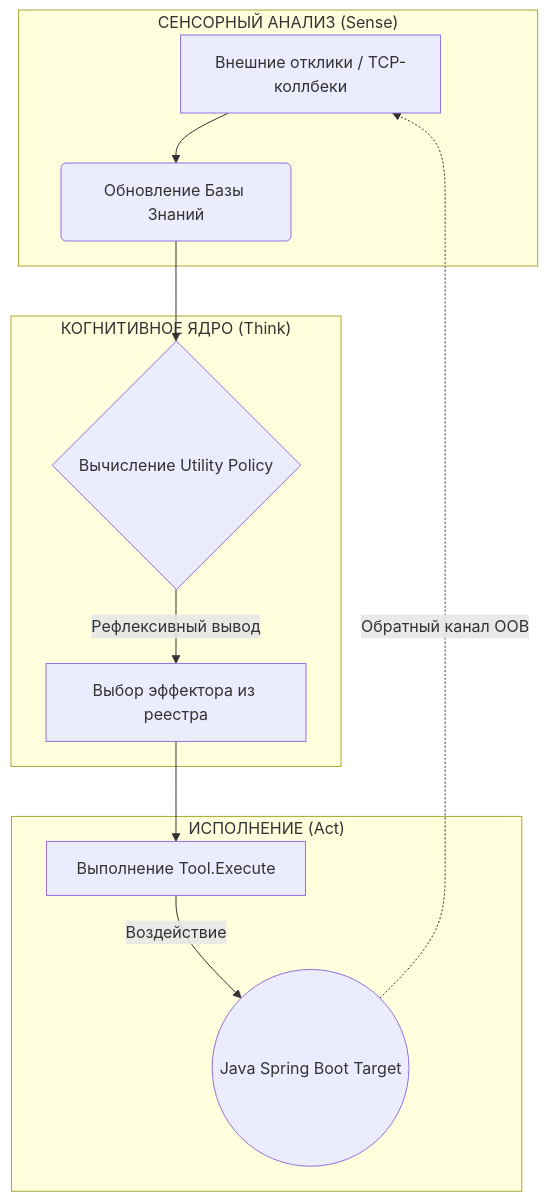
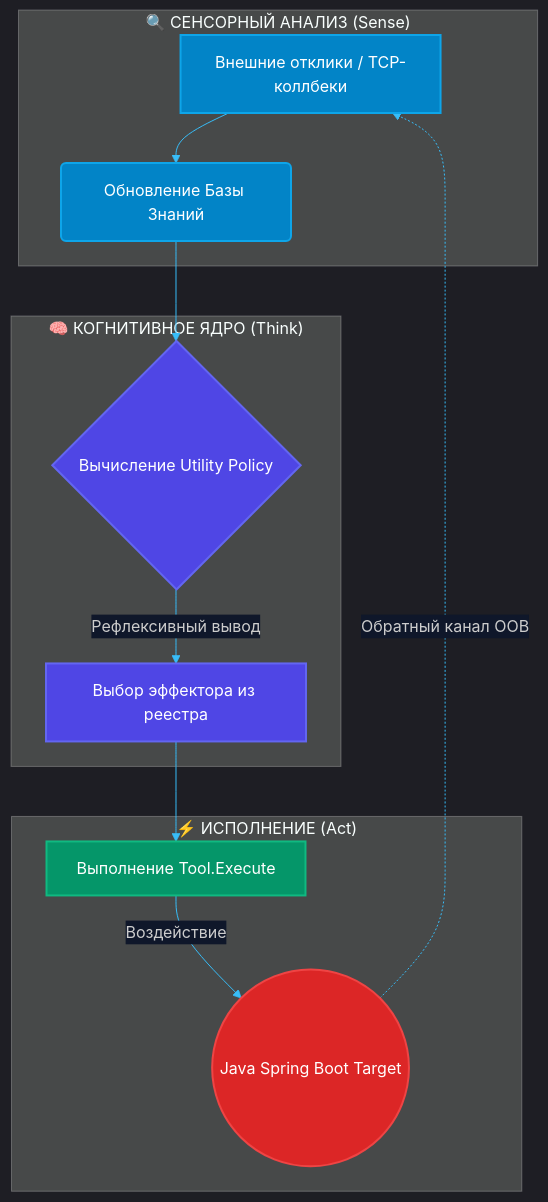
One commit to C00LN3T/Log4ShellAuditor changed the first of 3 diagrams in README.md. Above: the diagram before and after it, drawn with Mermaid. The commit also changed other lines of this file and 2 other files, not shown here.

````diff
--- a/README.md
+++ b/README.md
@@ -22,15 +34,33 @@
 ```mermaid
+%%{init: {
+  'theme': 'dark',
+  'themeVariables': {
+    'background': '#0f172a',
+    'primaryColor': '#1e293b',
+    'primaryTextColor': '#cbd5e1',
+    'primaryBorderColor': '#3b82f6',
+    'lineColor': '#38bdf8',
+    'secondaryColor': '#1e1b4b',
+    'tertiaryColor': '#0f172a',
+    'edgeLabelBackground': '#0f172a'
+  }
+}}%%
 graph TD
-    subgraph "СЕНСОРНЫЙ АНАЛИЗ (Sense)"
-        A[Внешние отклики / TCP-коллбеки] --> B(Обновление Базы Знаний)
+    classDef sense fill:#0284c7,stroke:#0ea5e9,stroke-width:2px,color:#fff;
+    classDef think fill:#4f46e5,stroke:#6366f1,stroke-width:2px,color:#fff;
+    classDef act fill:#059669,stroke:#10b981,stroke-width:2px,color:#fff;
+    classDef target fill:#dc2626,stroke:#ef4444,stroke-width:2px,color:#fff;
+
+    subgraph Sense ["🔍 СЕНСОРНЫЙ АНАЛИЗ (Sense)"]
+        A[Внешние отклики / TCP-коллбеки]:::sense --> B(Обновление Базы Знаний):::sense
     end
-    subgraph "КОГНИТИВНОЕ ЯДРО (Think)"
-        B --> C{Вычисление Utility Policy}
-        C -->|Рефлексивный вывод| D[Выбор эффектора из реестра]
+    subgraph Think ["🧠 КОГНИТИВНОЕ ЯДРО (Think)"]
+        B --> C{Вычисление Utility Policy}:::think
+        C -->|Рефлексивный вывод| D[Выбор эффектора из реестра]:::think
     end
-    subgraph "ИСПОЛНЕНИЕ (Act)"
-        D --> E[Выполнение Tool.Execute]
-        E -->|Воздействие| F((Java Spring Boot Target))
+    subgraph subgraph_Act ["⚡ ИСПОЛНЕНИЕ (Act)"]
+        D --> E[Выполнение Tool.Execute]:::act
+        E -->|Воздействие| F((Java Spring Boot Target)):::target
         F -.->|Обратный канал OOB| A
     end
 ```
````
